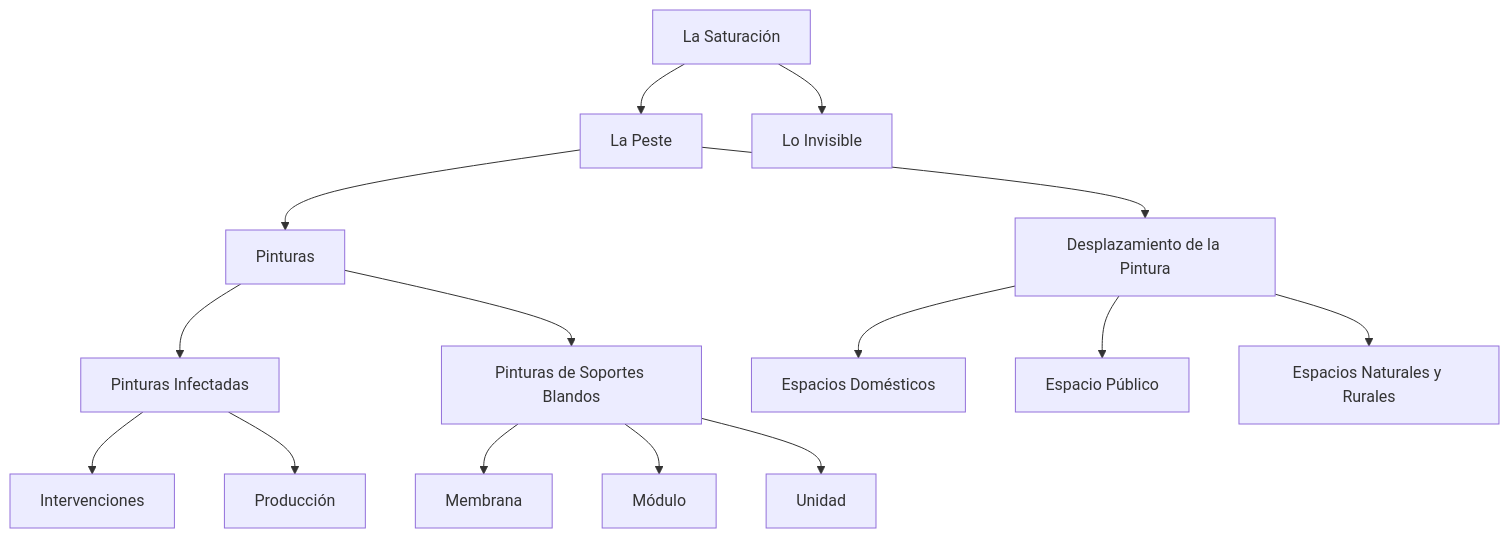
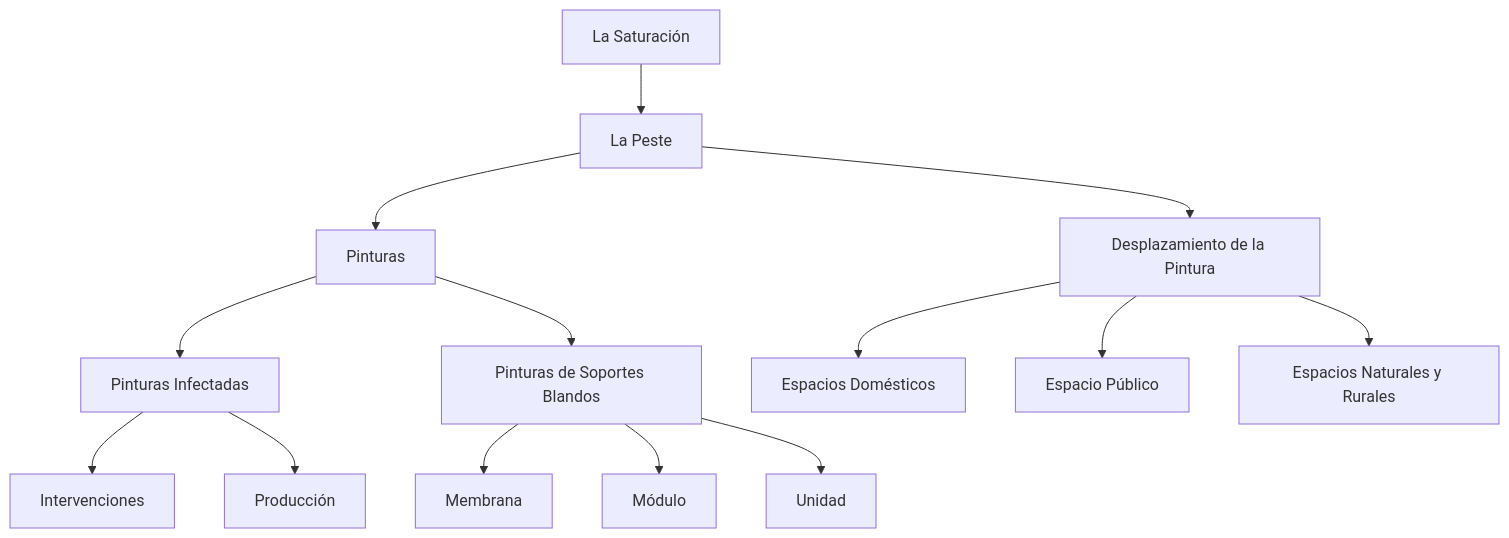
The diagram in ES/la-peste.md (EGGS-Artesvisuales/EGGS-Artesvisuales.github.io), drawn with Mermaid before and after one commit.

```diff
--- a/ES/la-peste.md
+++ b/ES/la-peste.md
@@ -46,35 +46,33 @@
 <div class="mermaid">
 graph TD
   A[La Saturación] --> B[La Peste]
-  A --> J[Lo Invisible]
   B --> C[Pinturas]
   C --> D[Pinturas Infectadas]
   D --> D1[Intervenciones]
   D --> D2[Producción]
   C --> E[Pinturas de Soportes Blandos]
   E --> E1[Membrana]
   E --> E2[Módulo]
   E --> E3[Unidad]
   B --> F[Desplazamiento de la Pintura]
   F --> G[Espacios Domésticos]
   F --> H[Espacio Público]
   F --> I[Espacios Naturales y Rurales]
 
   click A "/es/la-saturacion.html" "Ir a La Saturación"
   click B "/es/la-peste.html" "Ir a La Peste"
-  click J "/es/lo-invisible.html" "Ir a Lo Invisible"
   click C "/es/pinturas.html" "Ir a Pinturas"
   click D "/es/pinturas-infectadas.html" "Ir a Pinturas Infectadas"
   click D1 "/es/intervenciones.html" "Ir a Intervenciones"
   click D2 "/es/produccion.html" "Ir a Producción"
   click E "/es/soportes-blandos.html" "Ir a Pinturas de Soportes Blandos"
   click E1 "/es/membrana.html" "Ir a Membrana"
   click E2 "/es/modulo.html" "Ir a Módulo"
   click E3 "/es/unidad.html" "Ir a Unidad"
   click F "/es/desplazamiento-pintura.html" "Ir a Desplazamiento de la Pintura"
   click G "/es/espacios-domesticos.html" "Ir a Espacios Domésticos"
   click H "/es/espacio-publico.html" "Ir a Espacio Público"
   click I "/es/espacios-naturales.html" "Ir a Espacios Naturales y Rurales"
 
 
 </div>
```
